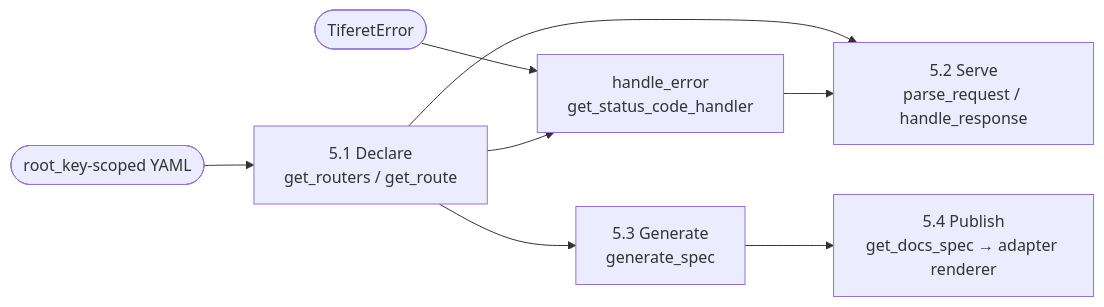
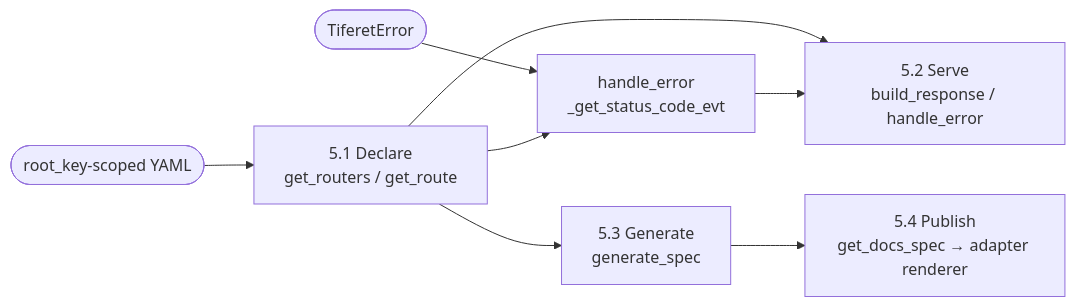
The diagram in docs/core-domain-distillation.md (greatstrength/tiferet-openapi), drawn with Mermaid before and after one commit. The commit also changed other lines of this file, not shown here.

````diff
--- a/docs/core-domain-distillation.md
+++ b/docs/core-domain-distillation.md
@@ -91,10 +91,10 @@
 ```mermaid
 flowchart LR
   YAML([root_key-scoped YAML]) --> DECL["5.1 Declare<br/>get_routers / get_route"]
-  DECL --> SERVE["5.2 Serve<br/>parse_request / handle_response"]
+  DECL --> SERVE["5.2 Serve<br/>build_response / handle_error"]
   DECL --> GEN["5.3 Generate<br/>generate_spec"]
   GEN --> PUB["5.4 Publish<br/>get_docs_spec → adapter renderer"]
-  ERR(["TiferetError"]) --> STATUS["handle_error<br/>get_status_code_handler"]
+  ERR(["TiferetError"]) --> STATUS["handle_error<br/>_get_status_code_evt"]
   DECL --> STATUS
   STATUS --> SERVE
 ```
````
